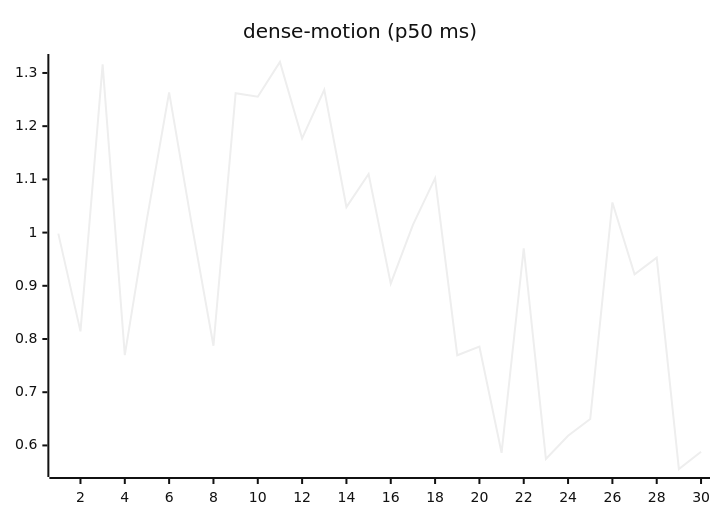
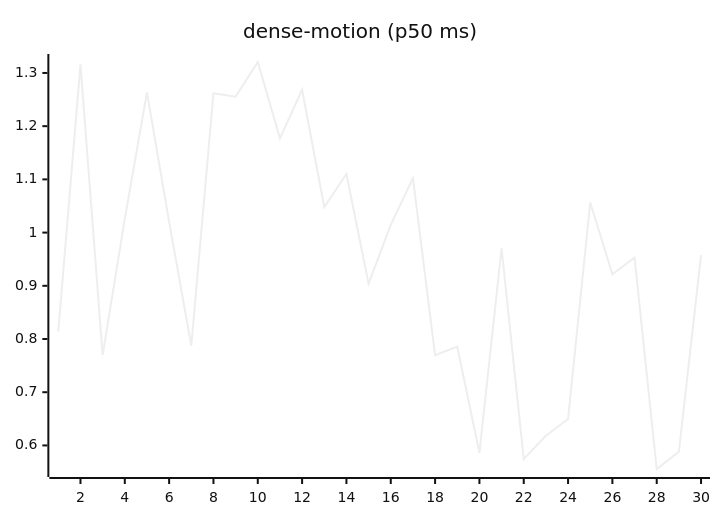
The ninth of 27 diagrams in README.md (josha/Facet), drawn with Mermaid (neutral theme) before and after one commit. The commit also changed other lines of this file and 2 other files, not shown here.

````diff
--- a/README.md
+++ b/README.md
@@ -119,6 +119,6 @@
 ```mermaid
 xychart-beta
     title "dense-motion (p50 ms)"
     x-axis 1 --> 30
-    line [0.9981, 0.8144, 1.3160, 0.7697, 1.0258, 1.2636, 1.0200, 0.7874, 1.2619, 1.2553, 1.3206, 1.1772, 1.2685, 1.0480, 1.1102, 0.9040, 1.0144, 1.1023, 0.7695, 0.7856, 0.5862, 0.9706, 0.5746, 0.6181, 0.6498, 1.0567, 0.9215, 0.9530, 0.5557, 0.5881]
+    line [0.8144, 1.3160, 0.7697, 1.0258, 1.2636, 1.0200, 0.7874, 1.2619, 1.2553, 1.3206, 1.1772, 1.2685, 1.0480, 1.1102, 0.9040, 1.0144, 1.1023, 0.7695, 0.7856, 0.5862, 0.9706, 0.5746, 0.6181, 0.6498, 1.0567, 0.9215, 0.9530, 0.5557, 0.5881, 0.9575]
 ```
````
